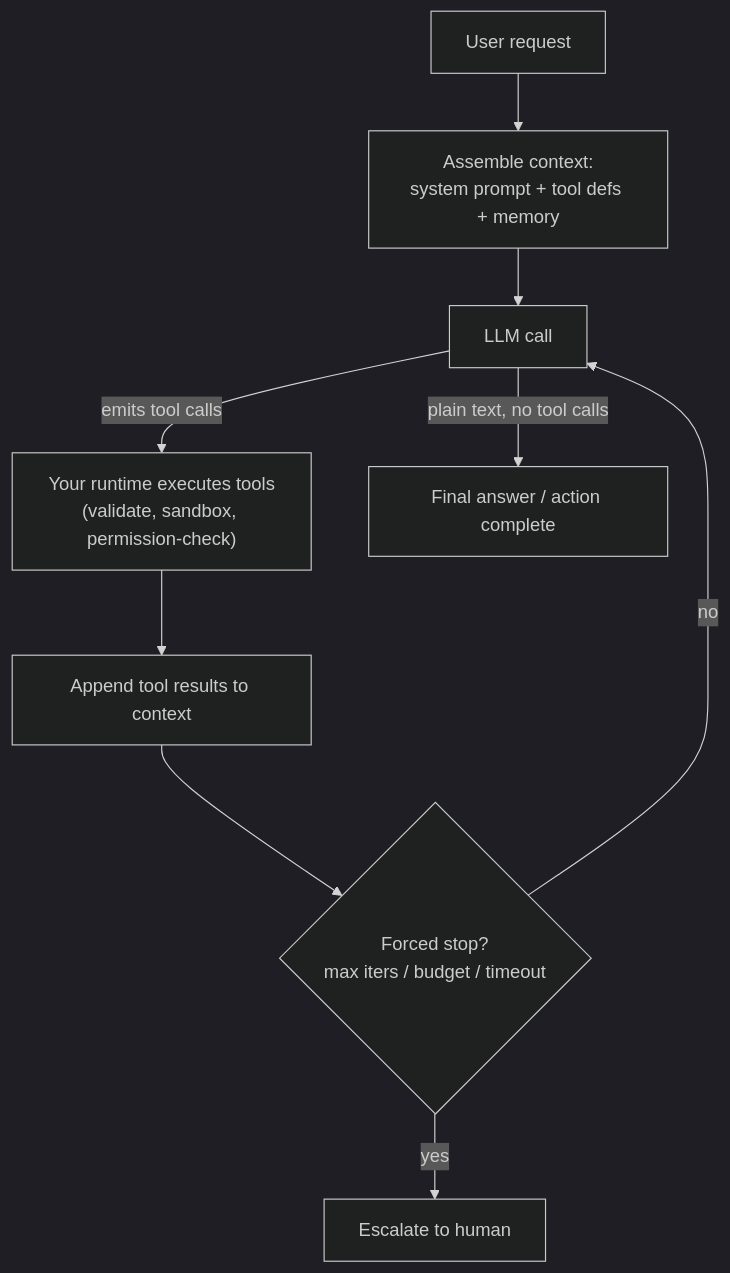
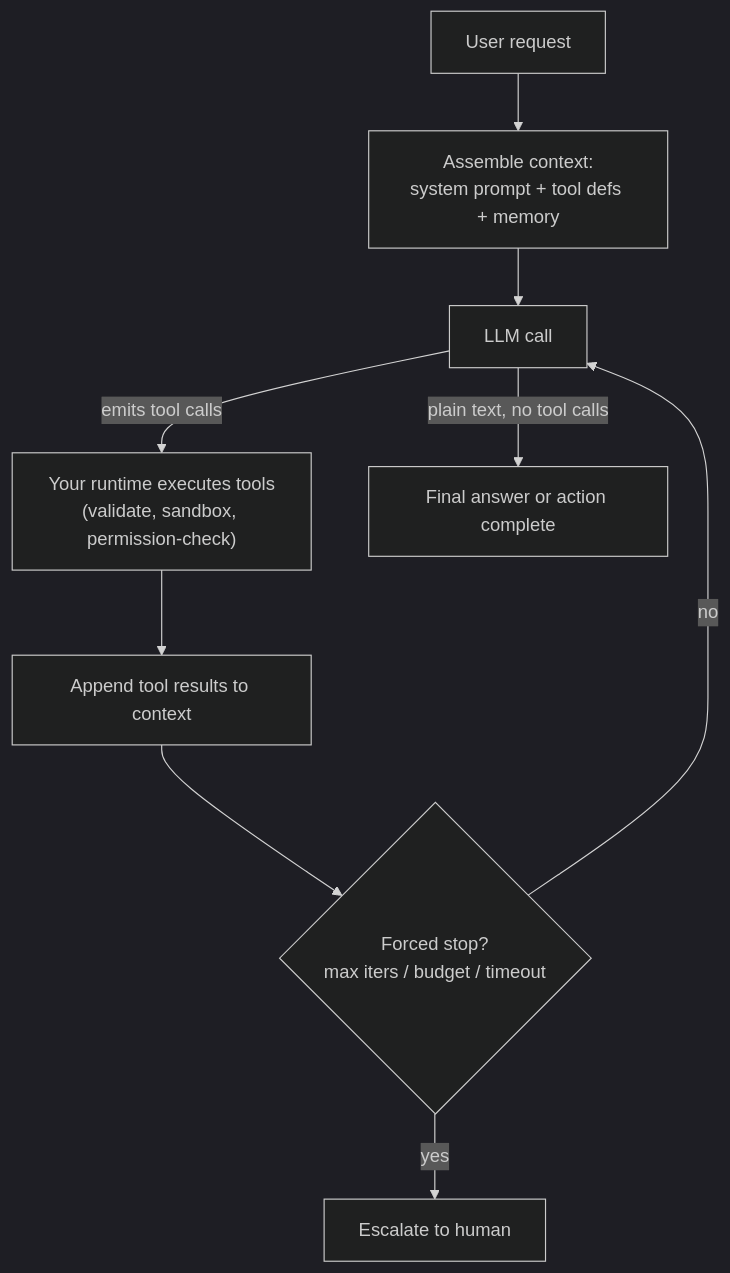
One commit to mmousom/AI-Engineer-Interview-Questions changed the diagram in 06-agents-and-tool-use/README.md. Above: the diagram before and after it, drawn with Mermaid (dark theme). The commit also changed other lines of this file and 21 other files, not shown here.

````diff
--- a/06-agents-and-tool-use/README.md
+++ b/06-agents-and-tool-use/README.md
@@ -17,11 +17,11 @@
 ```mermaid
 flowchart TD
     U[User request] --> CTX["Assemble context:<br/>system prompt + tool defs + memory"]
     CTX --> LLM[LLM call]
     LLM -->|"emits tool calls"| EXEC["Your runtime executes tools<br/>(validate, sandbox, permission-check)"]
     EXEC --> RES[Append tool results to context]
     RES --> STOP{"Forced stop?<br/>max iters / budget / timeout"}
-    STOP -->|no| LLM
-    STOP -->|yes| HITL[Escalate to human]
-    LLM -->|"plain text, no tool calls"| DONE[Final answer / action complete]
+    STOP -->|"no"| LLM
+    STOP -->|"yes"| HITL[Escalate to human]
+    LLM -->|"plain text, no tool calls"| DONE["Final answer or action complete"]
 ```
````
